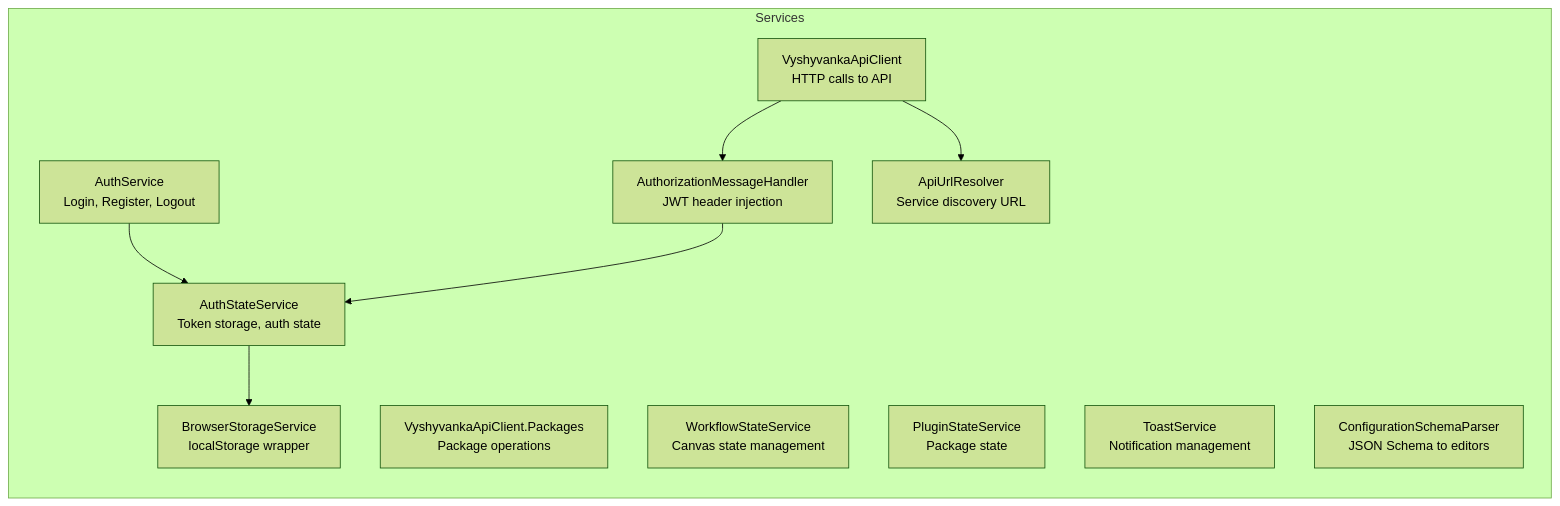
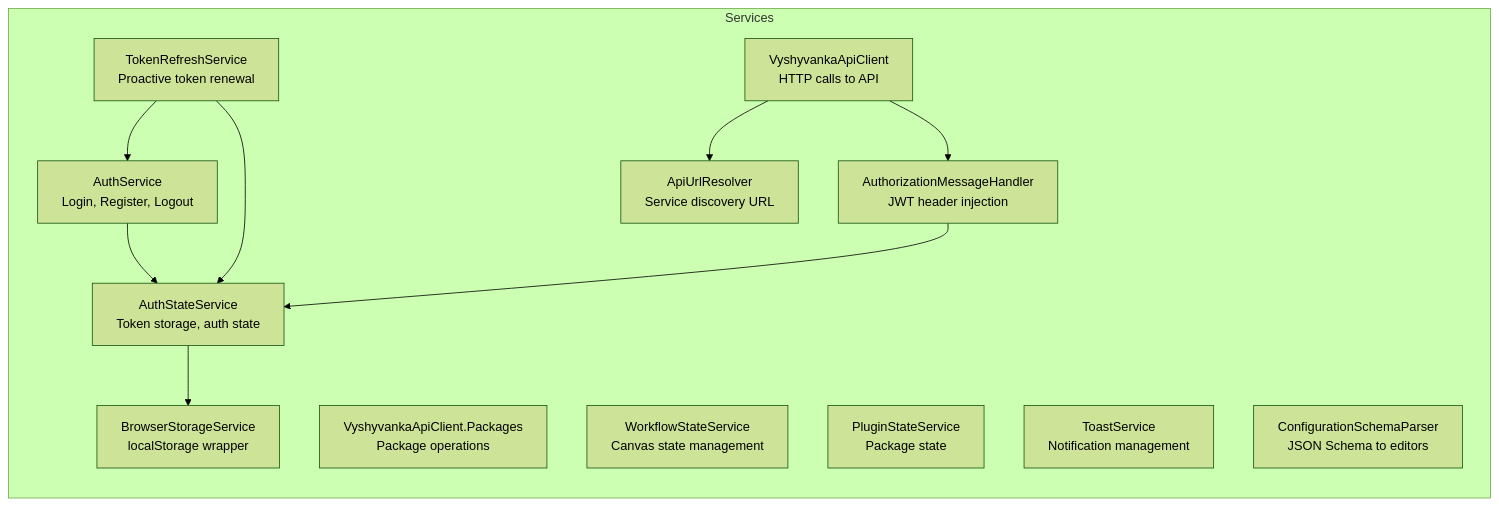
Before and after one commit to homolibere/Vyshyvanka: the second of 3 diagrams in docs/09-designer.md, drawn with Mermaid (forest theme). The commit also changed other lines of this file and 3 other files, not shown here.

Commit message:
feat(designer): add proactive token refresh service

````diff
--- a/docs/09-designer.md
+++ b/docs/09-designer.md
@@ -100,22 +100,25 @@
 ```mermaid
 flowchart LR
     subgraph "Services"
         ApiClient["VyshyvankaApiClient<br/>HTTP calls to API"]
         ApiClientPkg["VyshyvankaApiClient.Packages<br/>Package operations"]
         AuthService["AuthService<br/>Login, Register, Logout"]
         AuthState["AuthStateService<br/>Token storage, auth state"]
+        TokenRefresh["TokenRefreshService<br/>Proactive token renewal"]
         WorkflowState["WorkflowStateService<br/>Canvas state management"]
         PluginState["PluginStateService<br/>Package state"]
         ToastService["ToastService<br/>Notification management"]
         Storage["BrowserStorageService<br/>localStorage wrapper"]
         SchemaParser["ConfigurationSchemaParser<br/>JSON Schema to editors"]
         UrlResolver["ApiUrlResolver<br/>Service discovery URL"]
         AuthHandler["AuthorizationMessageHandler<br/>JWT header injection"]
     end
 
     AuthService --> AuthState
     AuthState --> Storage
+    TokenRefresh --> AuthService
+    TokenRefresh --> AuthState
     ApiClient --> AuthHandler
     AuthHandler --> AuthState
     ApiClient --> UrlResolver
 ```
````
